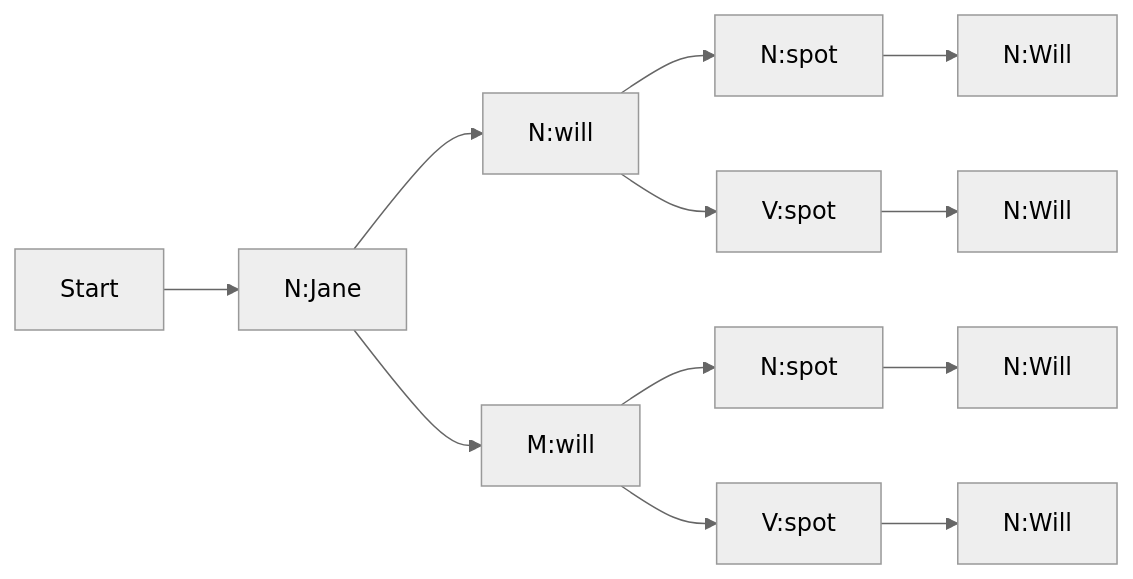
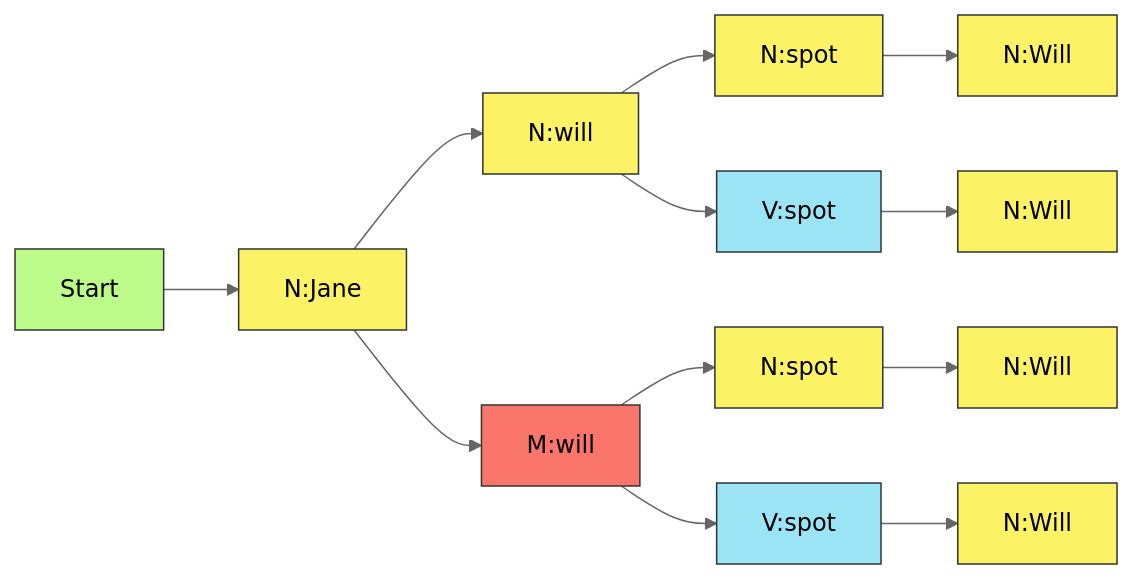
Before and after one commit to Chaklader/part-of-speech-tagging: the seventh of 7 diagrams in C_5.md, drawn with Mermaid (neutral theme). The commit also changed other lines of this file, not shown here.

````diff
--- a/C_5.md
+++ b/C_5.md
@@ -360,14 +390,27 @@
 ```mermaid
 graph LR
     Start --> N1[N:Jane]
     N1 --> N2[N:will]
     N1 --> M1[M:will]
     N2 --> N3[N:spot]
     N2 --> V1[V:spot]
     M1 --> N4[N:spot]
     M1 --> V2[V:spot]
     N3 --> N5[N:Will]
     V1 --> N6[N:Will]
     N4 --> N7[N:Will]
     V2 --> N8[N:Will]
+
+    style Start fill:#BCFB89,stroke:#333,stroke-width:1px
+    style N1 fill:#FBF266,stroke:#333,stroke-width:1px
+    style N2 fill:#FBF266,stroke:#333,stroke-width:1px
+    style M1 fill:#FA756A,stroke:#333,stroke-width:1px
+    style N3 fill:#FBF266,stroke:#333,stroke-width:1px
+    style V1 fill:#9AE4F5,stroke:#333,stroke-width:1px
+    style N4 fill:#FBF266,stroke:#333,stroke-width:1px
+    style V2 fill:#9AE4F5,stroke:#333,stroke-width:1px
+    style N5 fill:#FBF266,stroke:#333,stroke-width:1px
+    style N6 fill:#FBF266,stroke:#333,stroke-width:1px
+    style N7 fill:#FBF266,stroke:#333,stroke-width:1px
+    style N8 fill:#FBF266,stroke:#333,stroke-width:1px
 ```
````
